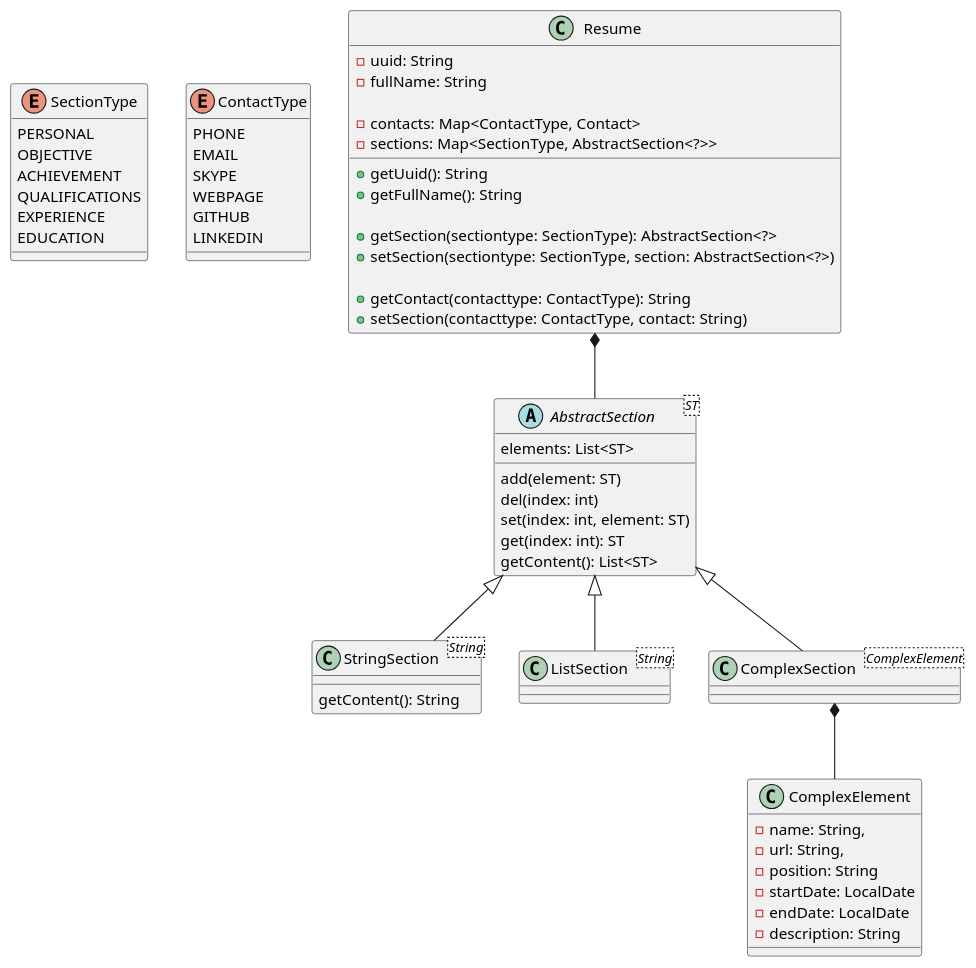
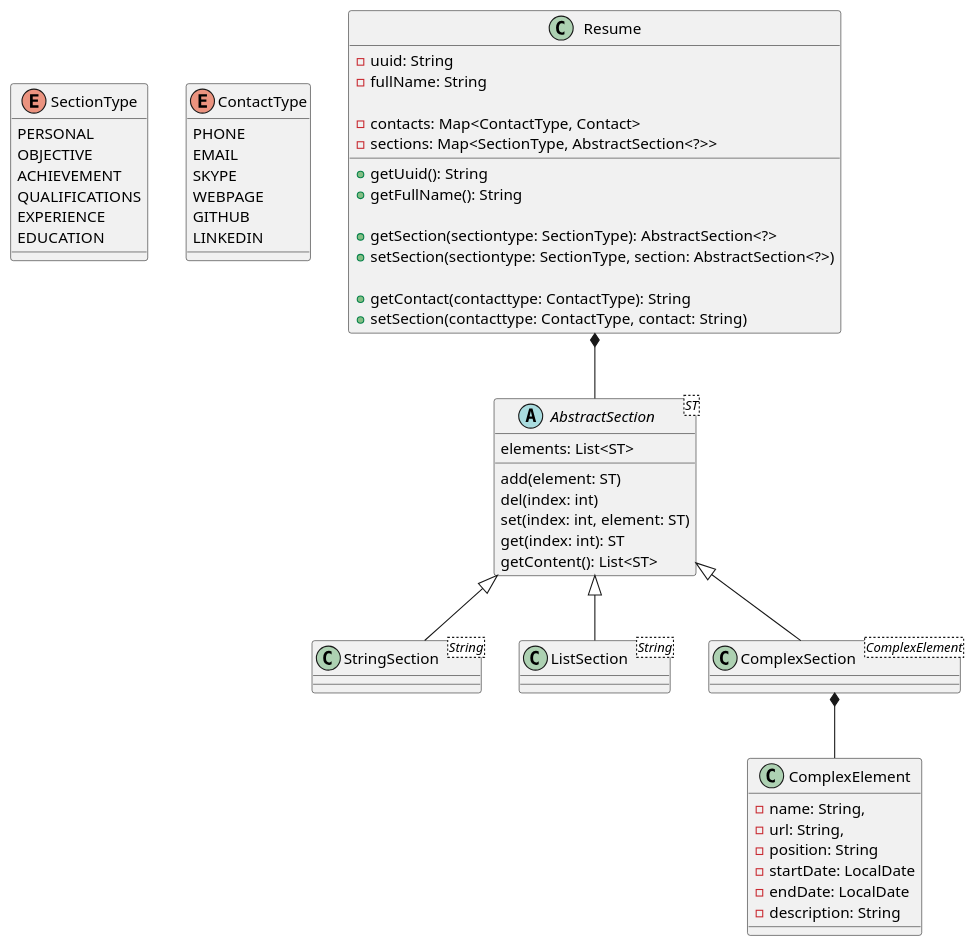
Before and after one commit to dmitrysib/basejava: the diagram in basejava.puml, drawn with PlantUML.

```diff
--- a/basejava.puml
+++ b/basejava.puml
@@ -1,68 +1,66 @@
 @startuml
 
 enum SectionType {
     PERSONAL
     OBJECTIVE
     ACHIEVEMENT
     QUALIFICATIONS
     EXPERIENCE
     EDUCATION
 }
 
 enum ContactType {
     PHONE
     EMAIL
     SKYPE
     WEBPAGE
     GITHUB
     LINKEDIN
 }
 
 class Resume {
     - uuid: String
     - fullName: String
 
     - contacts: Map<ContactType, Contact>
     - sections: Map<SectionType, AbstractSection<?>>
 
     + getUuid(): String
     + getFullName(): String
 
     + getSection(sectiontype: SectionType): AbstractSection<?>
     + setSection(sectiontype: SectionType, section: AbstractSection<?>)
 
     + getContact(contacttype: ContactType): String
     + setSection(contacttype: ContactType, contact: String)
 }
 
 abstract class AbstractSection<ST> {
     elements: List<ST>
 
     add(element: ST)
     del(index: int)
     set(index: int, element: ST)
     get(index: int): ST
     getContent(): List<ST>
 }
 
-class StringSection<String> extends AbstractSection {
-    getContent(): String
-}
+class StringSection<String> extends AbstractSection
 
 class ListSection<String> extends AbstractSection
 
 class ComplexElement {
     - name: String,
     - url: String,
     - position: String
     - startDate: LocalDate
     - endDate: LocalDate
     - description: String
 }
 
 class ComplexSection<ComplexElement> extends AbstractSection
 
 Resume *-- AbstractSection
 ComplexSection *-- ComplexElement
 
 @enduml
```
